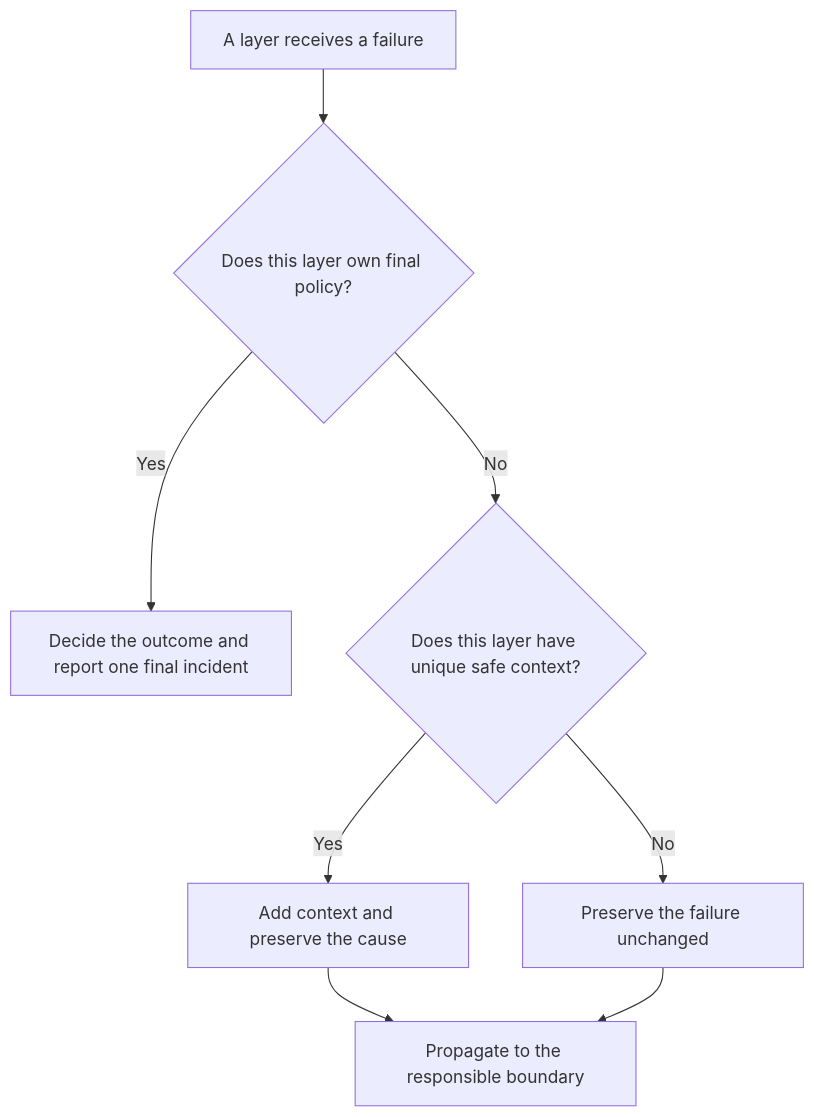
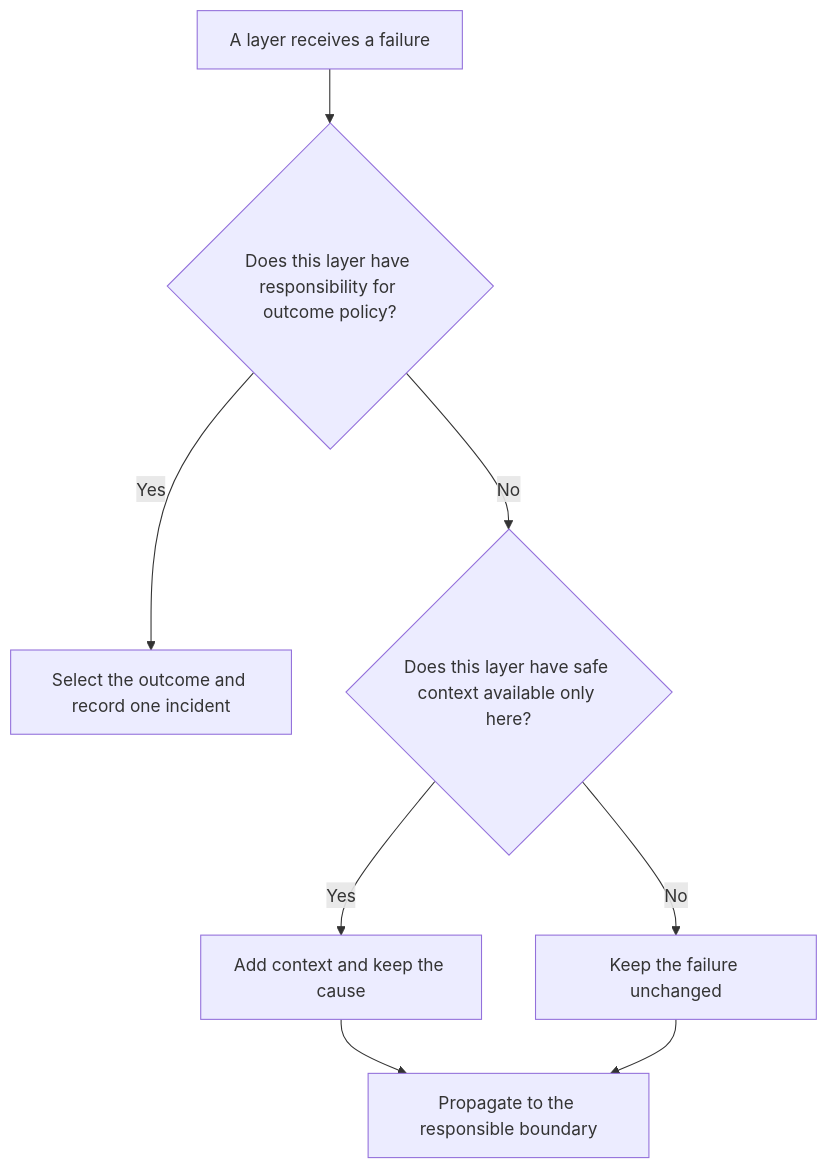
The diagram in docs/principles/details/p032-handle-once-preserve-causality.md (HomericIntelligence/Athena), drawn with Mermaid before and after one commit. The commit also changed other lines of this file and 91 other files, not shown here.

````diff
--- a/docs/principles/details/p032-handle-once-preserve-causality.md
+++ b/docs/principles/details/p032-handle-once-preserve-causality.md
@@ -39,10 +39,10 @@
 ```mermaid
 flowchart TD
-    A["A layer receives a failure"] --> B{"Does this layer own final policy?"}
-    B -- "Yes" --> C["Decide the outcome and report one final incident"]
-    B -- "No" --> D{"Does this layer have unique safe context?"}
-    D -- "Yes" --> E["Add context and preserve the cause"]
-    D -- "No" --> F["Preserve the failure unchanged"]
+    A["A layer receives a failure"] --> B{"Does this layer have responsibility for outcome policy?"}
+    B -- "Yes" --> C["Select the outcome and record one incident"]
+    B -- "No" --> D{"Does this layer have safe context available only here?"}
+    D -- "Yes" --> E["Add context and keep the cause"]
+    D -- "No" --> F["Keep the failure unchanged"]
     E --> G["Propagate to the responsible boundary"]
     F --> G
 ```
````
